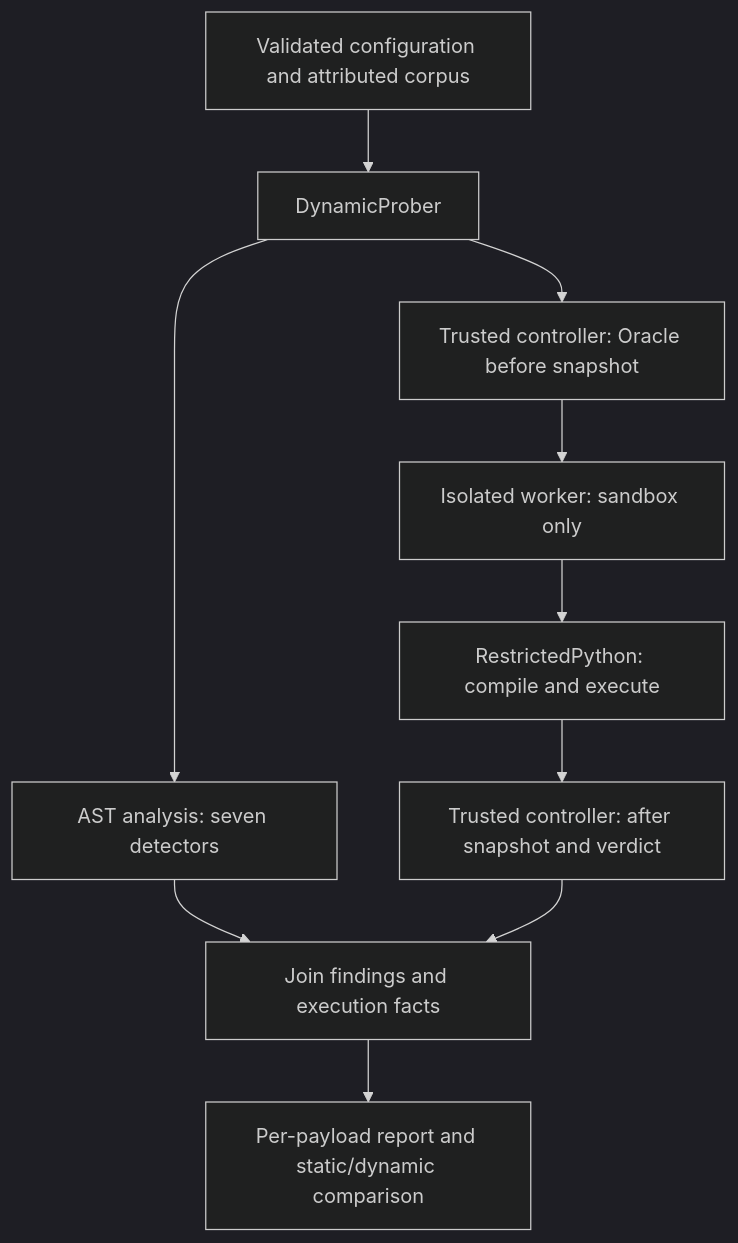
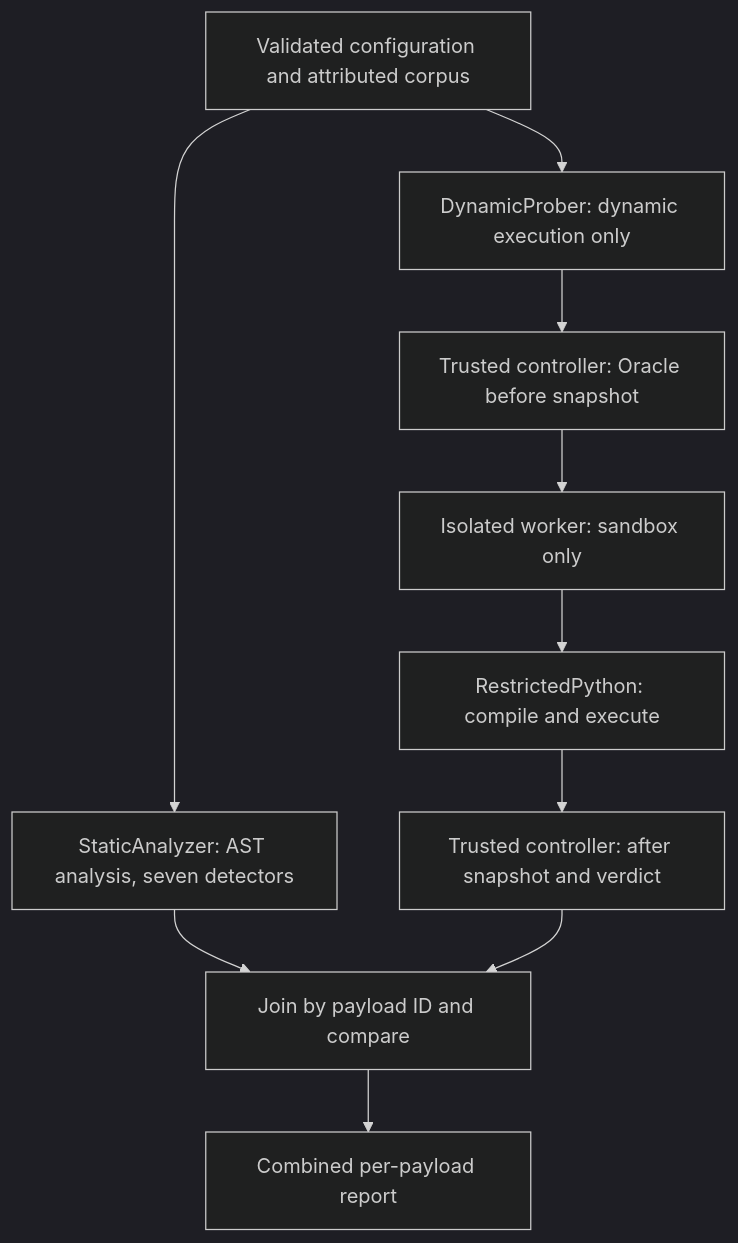
The diagram in README.md (aynaakhann/sandbox_escape_finder), drawn with Mermaid (dark theme) before and after one commit. The commit also changed other lines of this file and 5 other files, not shown here.

Commit message:
Split static and dynamic analysis passes

````diff
--- a/README.md
+++ b/README.md
@@ -95,12 +95,12 @@
 ```mermaid
 flowchart TD
-    C[Validated configuration and attributed corpus] --> P[DynamicProber]
-    P --> A[AST analysis: seven detectors]
+    C[Validated configuration and attributed corpus] --> A[StaticAnalyzer: AST analysis, seven detectors]
+    C --> P[DynamicProber: dynamic execution only]
     P --> B[Trusted controller: Oracle before snapshot]
     B --> W[Isolated worker: sandbox only]
     W --> R[RestrictedPython: compile and execute]
     R --> O[Trusted controller: after snapshot and verdict]
-    A --> J[Join findings and execution facts]
+    A --> J[Join by payload ID and compare]
     O --> J
-    J --> F[Per-payload report and static/dynamic comparison]
+    J --> F[Combined per-payload report]
 ```
````
